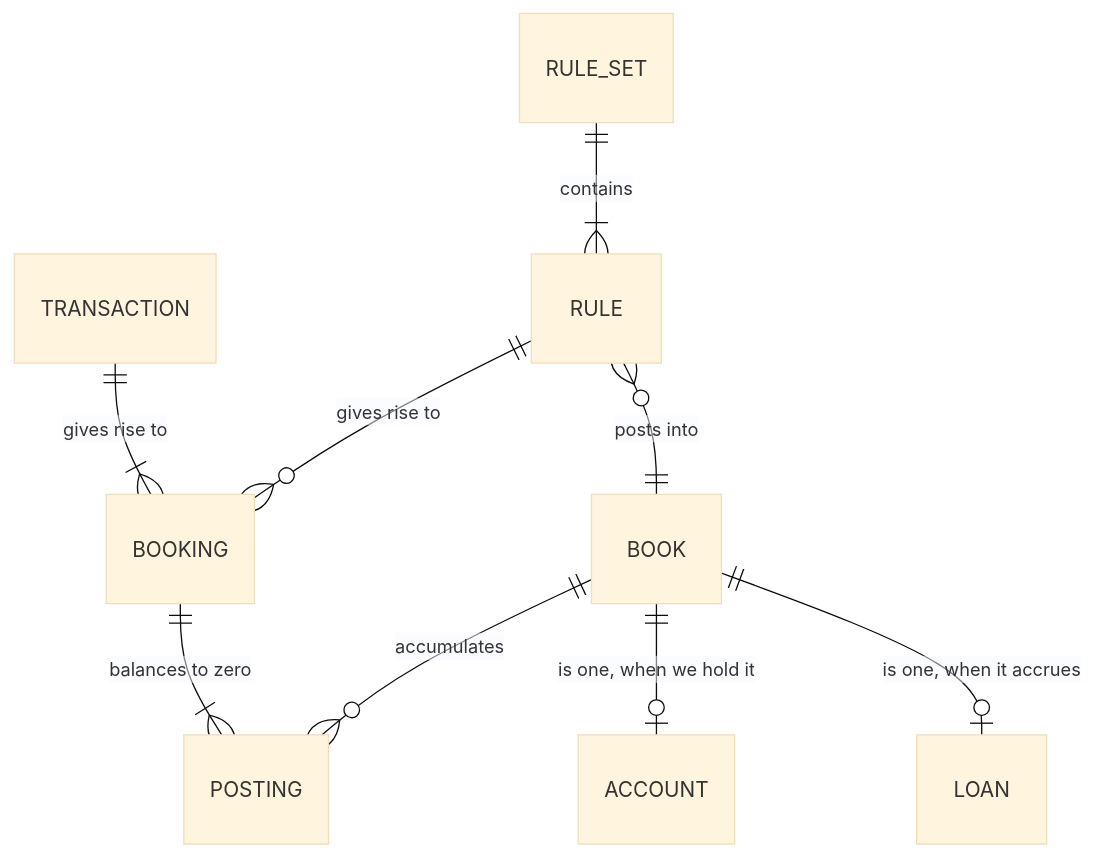
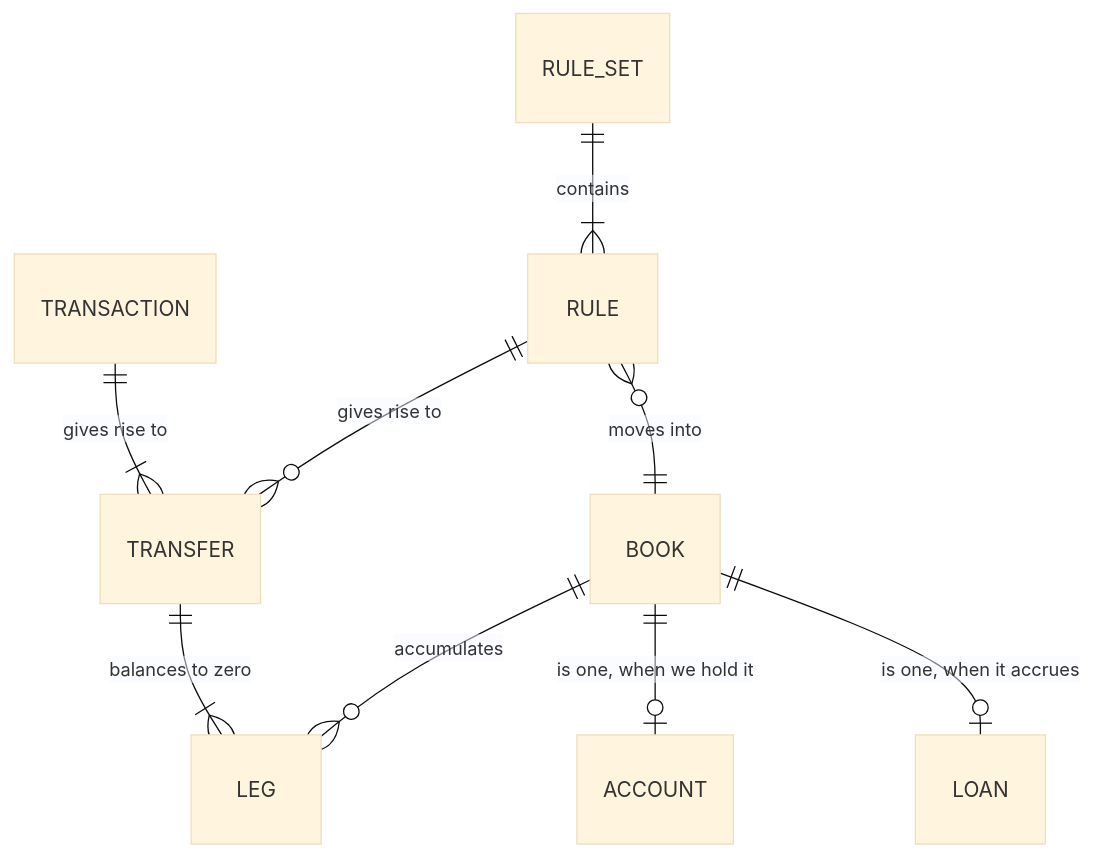
One commit to madmacfrosty-org/tightarse changed the diagram in docs/design/books.md. Above: the diagram before and after it, drawn with Mermaid (base theme). The commit also changed other lines of this file, not shown here.

First line of the commit message:
Settle the vocabulary: books, legs, transfers, positions and flows

````diff
--- a/docs/design/books.md
+++ b/docs/design/books.md
@@ -42,11 +49,11 @@
 ```mermaid
 erDiagram
-    BOOK ||--o{ POSTING : accumulates
-    BOOKING ||--|{ POSTING : "balances to zero"
-    TRANSACTION ||--|{ BOOKING : "gives rise to"
-    RULE ||--o{ BOOKING : "gives rise to"
+    BOOK ||--o{ LEG : accumulates
+    TRANSFER ||--|{ LEG : "balances to zero"
+    TRANSACTION ||--|{ TRANSFER : "gives rise to"
+    RULE ||--o{ TRANSFER : "gives rise to"
     BOOK ||--o| ACCOUNT : "is one, when we hold it"
     BOOK ||--o| LOAN : "is one, when it accrues"
     RULE_SET ||--|{ RULE : contains
-    RULE }o--|| BOOK : "posts into"
+    RULE }o--|| BOOK : "moves into"
 ```
````
